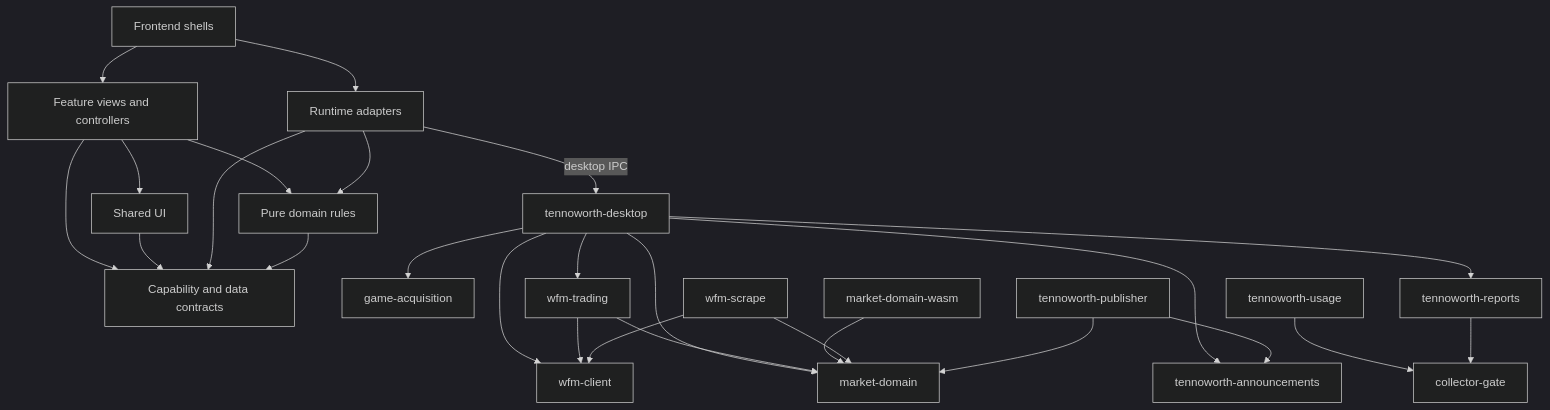
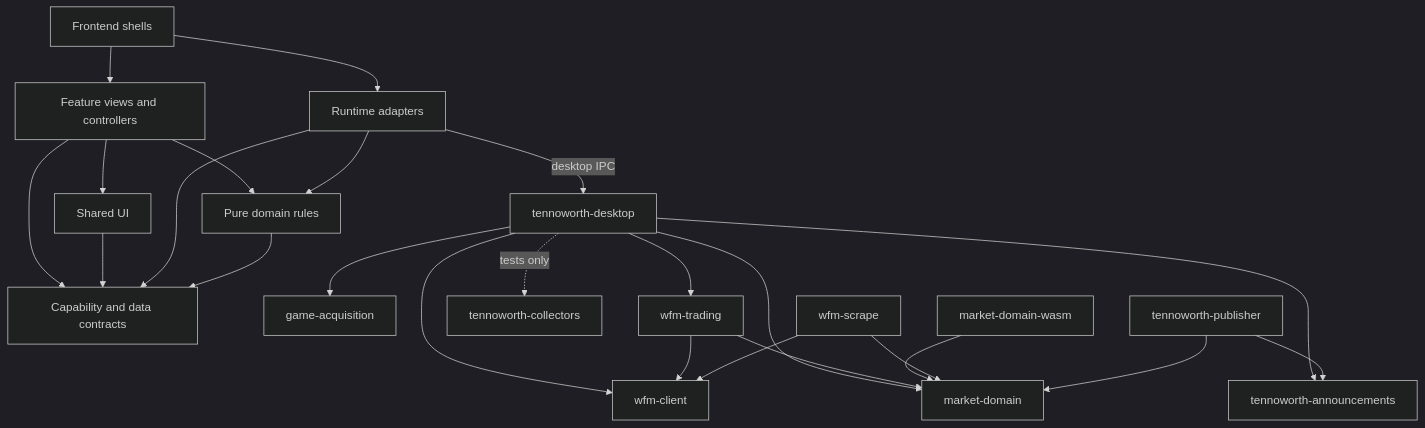
Before and after one commit to tennoworth/tennoworth: the diagram in docs/architecture.md, drawn with Mermaid (dark theme). The commit also changed other lines of this file and 22 other files, not shown here.

First line of the commit message:
refactor: one tennoworth-collectors crate for both host collectors

````diff
--- a/docs/architecture.md
+++ b/docs/architecture.md
@@ -148,28 +146,26 @@
 ```mermaid
 flowchart TD
   Shells[Frontend shells] --> Features[Feature views and controllers]
   Shells --> Adapters[Runtime adapters]
   Features --> Contracts[Capability and data contracts]
   Features --> Domain[Pure domain rules]
   Features --> UI[Shared UI]
   UI --> Contracts
   Adapters --> Contracts
   Adapters --> Domain
   Domain --> Contracts
   Adapters -->|desktop IPC| Desktop[tennoworth-desktop]
   Desktop --> Acq[game-acquisition]
   Desktop --> Core[wfm-trading]
   Desktop --> Client[wfm-client]
   Desktop --> Market[market-domain]
   Desktop --> Feed[tennoworth-announcements]
-  Desktop --> Reports[tennoworth-reports]
+  Desktop -.->|tests only| Collectors[tennoworth-collectors]
   Core --> Client
   Core --> Market
   Wasm[market-domain-wasm] --> Market
   Scrape[wfm-scrape] --> Market
   Scrape --> Client
   Publisher[tennoworth-publisher] --> Feed
   Publisher --> Market
-  Usage[tennoworth-usage] --> Gate[collector-gate]
-  Reports --> Gate
 ```
````
